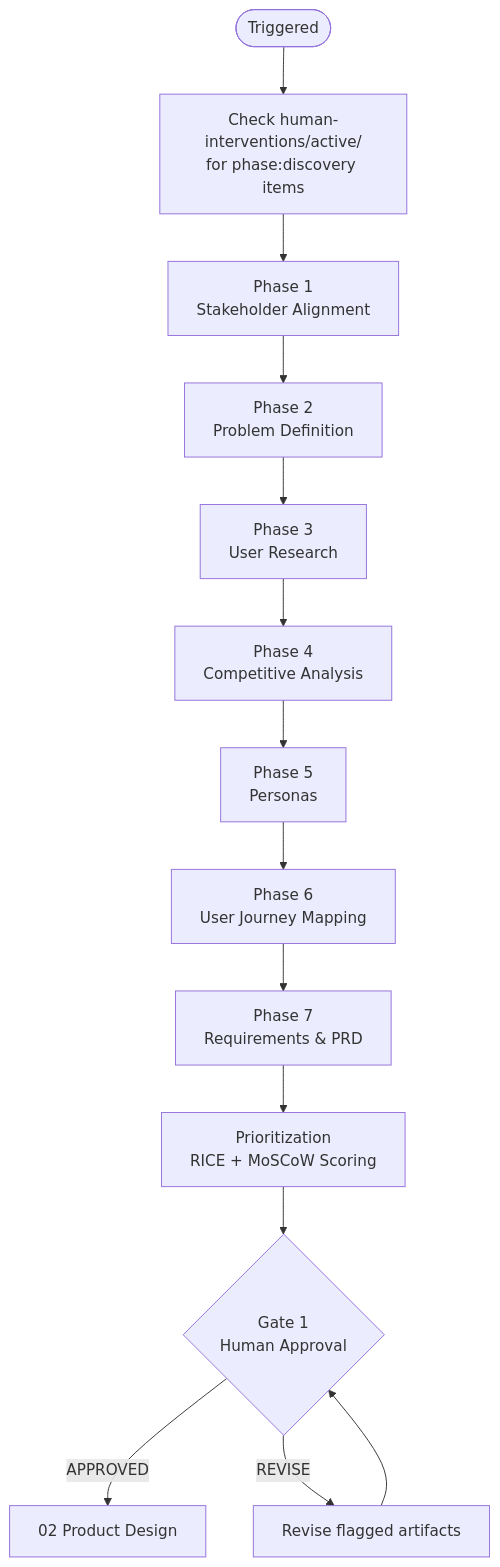
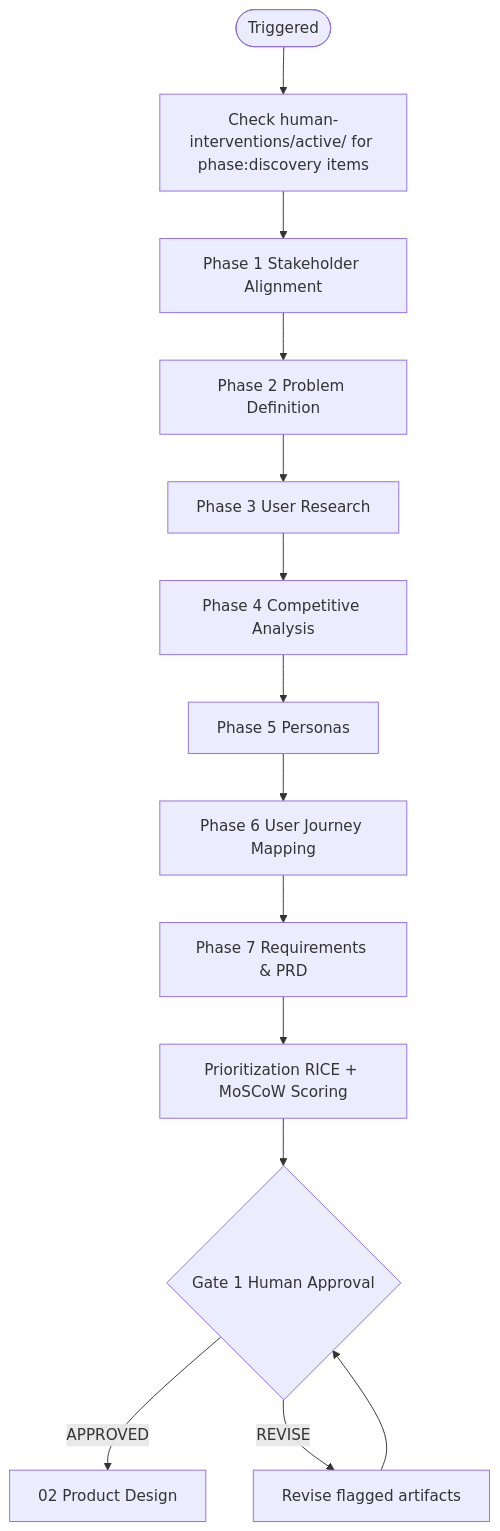
The first of 2 diagrams in .cursor/skills/01-product-discovery/SKILL.md (ivanyeors/product-agentic-templates), drawn with Mermaid before and after one commit. The commit also changed other lines of this file and 39 other files, not shown here.

````diff
--- a/.cursor/skills/01-product-discovery/SKILL.md
+++ b/.cursor/skills/01-product-discovery/SKILL.md
@@ -36,16 +36,16 @@
 ```mermaid
 flowchart TD
-    start([Triggered]) --> hi_check[Check human-interventions/active/\nfor phase:discovery items]
-    hi_check --> s1[Phase 1\nStakeholder Alignment]
-    s1 --> s2[Phase 2\nProblem Definition]
-    s2 --> s3[Phase 3\nUser Research]
-    s3 --> s4[Phase 4\nCompetitive Analysis]
-    s4 --> s5[Phase 5\nPersonas]
-    s5 --> s6[Phase 6\nUser Journey Mapping]
-    s6 --> s7[Phase 7\nRequirements & PRD]
-    s7 --> pri[Prioritization\nRICE + MoSCoW Scoring]
-    pri --> gate{Gate 1\nHuman Approval}
+    start([Triggered]) --> hi_check[Check human-interventions/active/ for phase:discovery items]
+    hi_check --> s1[Phase 1 Stakeholder Alignment]
+    s1 --> s2[Phase 2 Problem Definition]
+    s2 --> s3[Phase 3 User Research]
+    s3 --> s4[Phase 4 Competitive Analysis]
+    s4 --> s5[Phase 5 Personas]
+    s5 --> s6[Phase 6 User Journey Mapping]
+    s6 --> s7[Phase 7 Requirements & PRD]
+    s7 --> pri[Prioritization RICE + MoSCoW Scoring]
+    pri --> gate{Gate 1 Human Approval}
     gate -->|APPROVED| next[02 Product Design]
     gate -->|REVISE| revise[Revise flagged artifacts]
     revise --> gate
 ```
````
